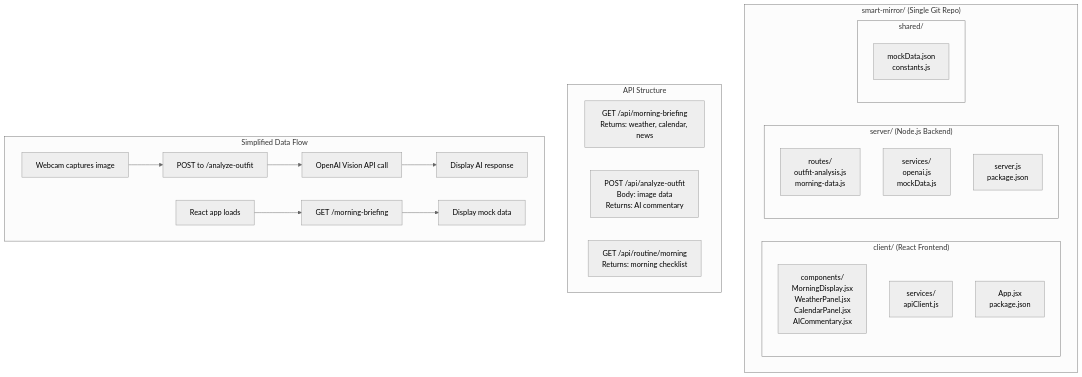
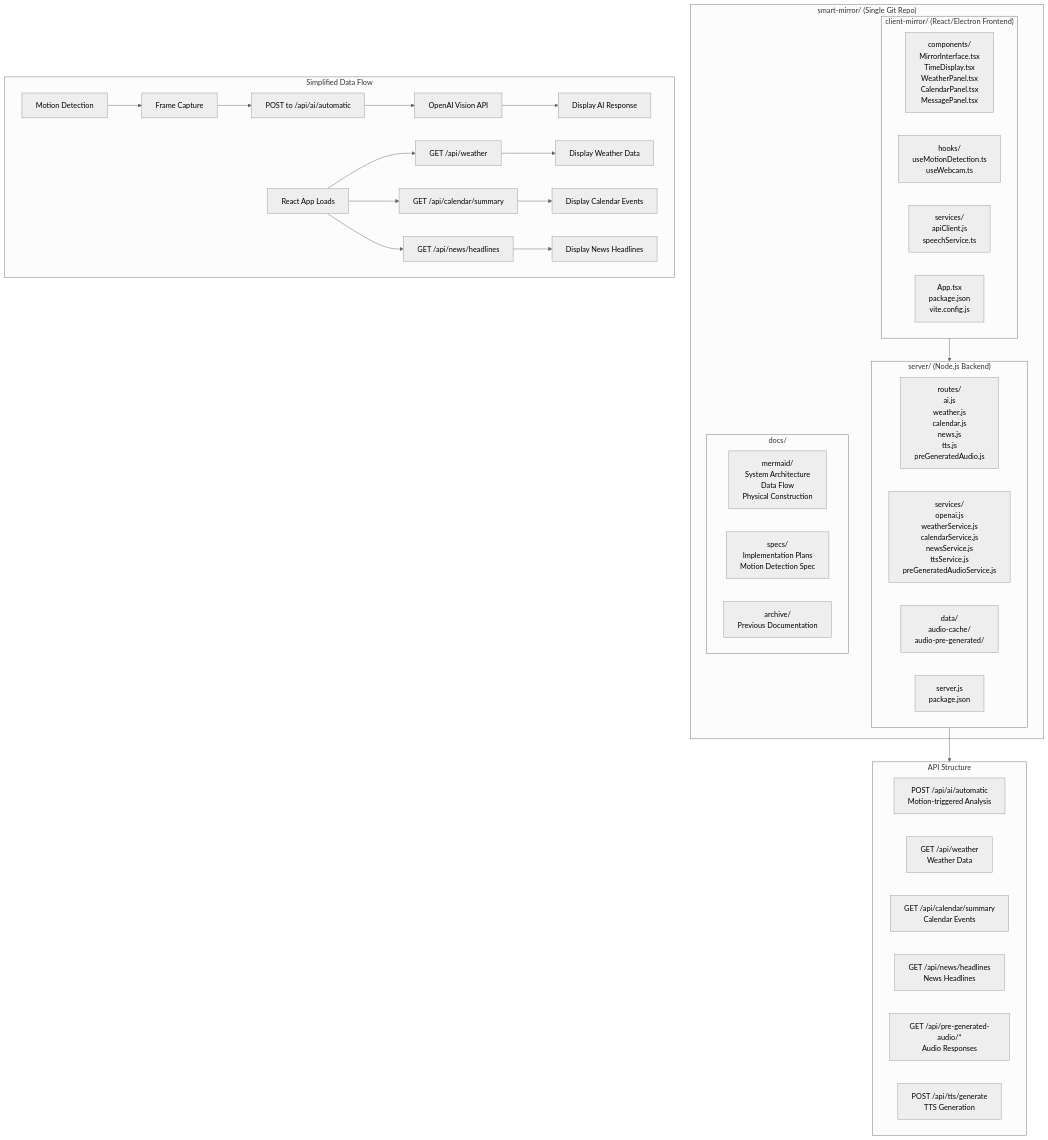
The diagram in docs/mermaid/repo-structure.md (bbeaudet-dev/smart-mirror), drawn with Mermaid (neutral theme) before and after one commit. The commit also changed 13 other files, not shown here.

````diff
--- a/docs/mermaid/repo-structure.md
+++ b/docs/mermaid/repo-structure.md
@@ -3,35 +3,50 @@
 ```mermaid
 graph TB
     subgraph Repo["smart-mirror/ (Single Git Repo)"]
-        subgraph Client["client/ (React Frontend)"]
-            C1[components/<br/>MorningDisplay.jsx<br/>WeatherPanel.jsx<br/>CalendarPanel.jsx<br/>AICommentary.jsx]
-            C2[services/<br/>apiClient.js]
-            C3[App.jsx<br/>package.json]
+        subgraph Client["client-mirror/ (React/Electron Frontend)"]
+            C1[components/<br/>MirrorInterface.tsx<br/>TimeDisplay.tsx<br/>WeatherPanel.tsx<br/>CalendarPanel.tsx<br/>MessagePanel.tsx]
+            C2[hooks/<br/>useMotionDetection.ts<br/>useWebcam.ts]
+            C3[services/<br/>apiClient.js<br/>speechService.ts]
+            C4[App.tsx<br/>package.json<br/>vite.config.js]
         end
 
         subgraph Server["server/ (Node.js Backend)"]
-            S1[routes/<br/>outfit-analysis.js<br/>morning-data.js]
-            S2[services/<br/>openai.js<br/>mockData.js]
-            S3[server.js<br/>package.json]
+            S1[routes/<br/>ai.js<br/>weather.js<br/>calendar.js<br/>news.js<br/>tts.js<br/>preGeneratedAudio.js]
+            S2[services/<br/>openai.js<br/>weatherService.js<br/>calendarService.js<br/>newsService.js<br/>ttsService.js<br/>preGeneratedAudioService.js]
+            S3[data/<br/>audio-cache/<br/>audio-pre-generated/]
+            S4[server.js<br/>package.json]
         end
 
-        subgraph Shared["shared/"]
-            SH1[mockData.json<br/>constants.js]
+        subgraph Docs["docs/"]
+            D1[mermaid/<br/>System Architecture<br/>Data Flow<br/>Physical Construction]
+            D2[specs/<br/>Implementation Plans<br/>Motion Detection Spec]
+            D3[archive/<br/>Previous Documentation]
         end
     end
 
     subgraph APIs["API Structure"]
-        API1[GET /api/morning-briefing<br/>Returns: weather, calendar, news]
-        API2[POST /api/analyze-outfit<br/>Body: image data<br/>Returns: AI commentary]
-        API3[GET /api/routine/morning<br/>Returns: morning checklist]
+        API1[POST /api/ai/automatic<br/>Motion-triggered Analysis]
+        API2[GET /api/weather<br/>Weather Data]
+        API3[GET /api/calendar/summary<br/>Calendar Events]
+        API4[GET /api/news/headlines<br/>News Headlines]
+        API5[GET /api/pre-generated-audio/*<br/>Audio Responses]
+        API6[POST /api/tts/generate<br/>TTS Generation]
     end
 
     subgraph Flow["Simplified Data Flow"]
-        F1[Webcam captures image] --> F2[POST to /analyze-outfit]
-        F2 --> F3[OpenAI Vision API call]
-        F3 --> F4[Display AI response]
+        F1[Motion Detection] --> F2[Frame Capture]
+        F2 --> F3[POST to /api/ai/automatic]
+        F3 --> F4[OpenAI Vision API]
+        F4 --> F5[Display AI Response]
 
-        F5[React app loads] --> F6[GET /morning-briefing]
-        F6 --> F7[Display mock data]
+        F6[React App Loads] --> F7[GET /api/weather]
+        F7 --> F8[Display Weather Data]
+        F6 --> F9[GET /api/calendar/summary]
+        F9 --> F10[Display Calendar Events]
+        F6 --> F11[GET /api/news/headlines]
+        F11 --> F12[Display News Headlines]
     end
+
+    Client --> Server
+    Server --> APIs
 ```
````
